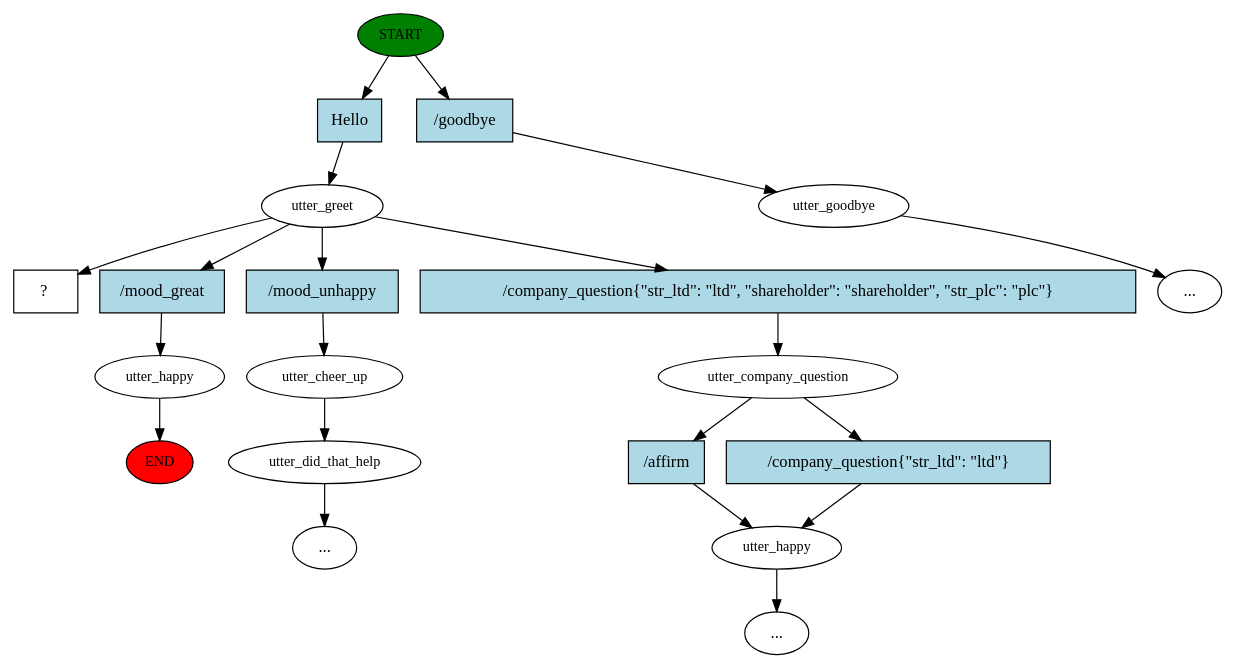
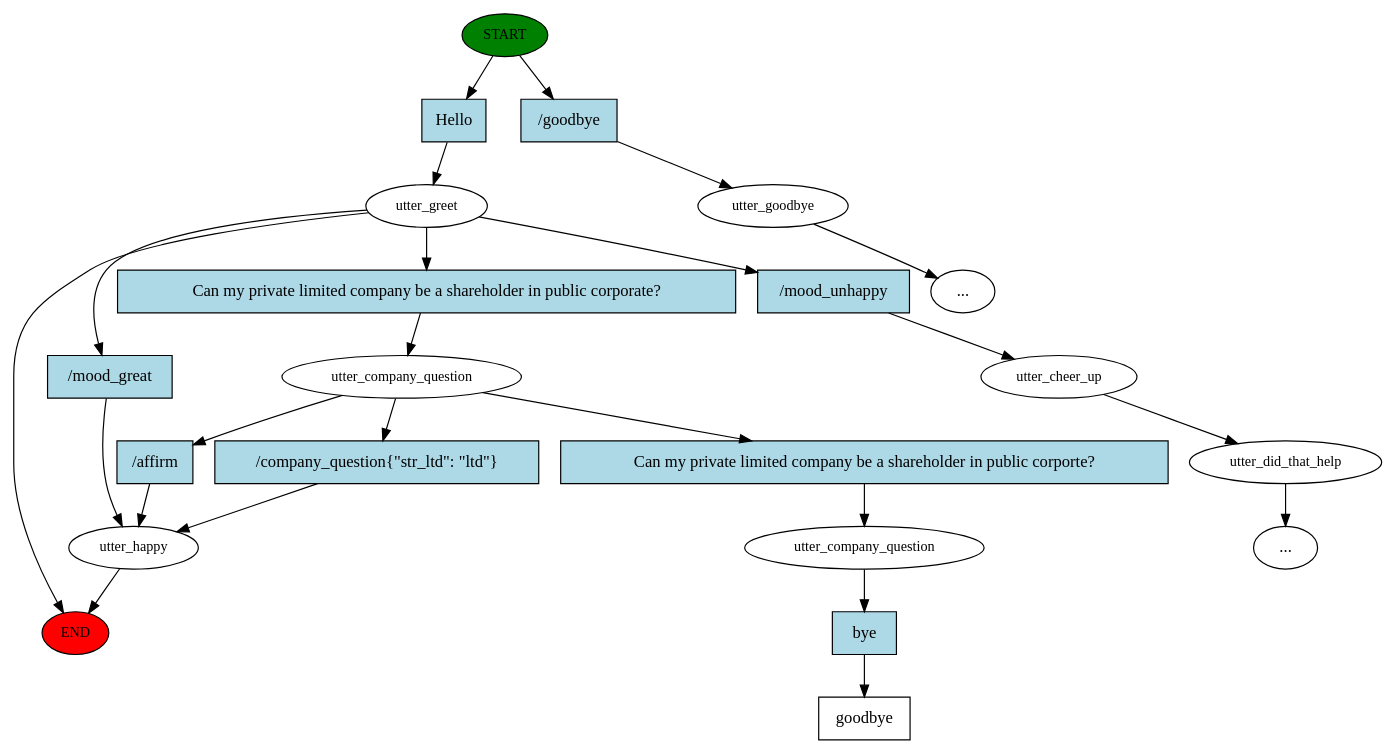
The diagram in story_graph.dot (torkaitraining/bryterai-chatbot-demo), drawn with Graphviz before and after one commit. The commit also changed 11 other files, not shown here.

```diff
--- a/story_graph.dot
+++ b/story_graph.dot
@@ -1,42 +1,46 @@
 digraph  {
 0 [class="start active", fillcolor=green, fontsize=12, label=START, style=filled];
 "-1" [class=end, fillcolor=red, fontsize=12, label=END, style=filled];
 1 [class=active, fontsize=12, label=utter_greet];
 2 [class="", fontsize=12, label=utter_happy];
 4 [class="", fontsize=12, label=utter_cheer_up];
 5 [class="", fontsize=12, label=utter_did_that_help];
 "-4" [class=ellipsis, label="..."];
 9 [class="", fontsize=12, label=utter_goodbye];
 "-5" [class=ellipsis, label="..."];
-11 [class="", fontsize=12, label=utter_company_question];
-12 [class="", fontsize=12, label=utter_happy];
-"-7" [class=ellipsis, label="..."];
-17 [class="intent dashed active", label="  ?  ", shape=rect];
-18 [class="intent active", fillcolor=lightblue, label=Hello, shape=rect, style=filled];
-19 [class=intent, fillcolor=lightblue, label="/goodbye", shape=rect, style=filled];
-20 [class=intent, fillcolor=lightblue, label="/mood_great", shape=rect, style=filled];
-21 [class=intent, fillcolor=lightblue, label="/mood_unhappy", shape=rect, style=filled];
-22 [class=intent, fillcolor=lightblue, label="/company_question\{\"str_ltd\":\ \"ltd\",\ \"shareholder\":\ \"shareholder\",\ \"str_plc\":\ \"plc\"\}", shape=rect, style=filled];
-23 [class=intent, fillcolor=lightblue, label="/affirm", shape=rect, style=filled];
-24 [class=intent, fillcolor=lightblue, label="/company_question\{\"str_ltd\":\ \"ltd\"\}", shape=rect, style=filled];
-0 -> 18  [class=active, key=0];
-0 -> 19  [class="", key=0];
-1 -> 17  [class=active, key=NONE, label=""];
-1 -> 20  [class="", key=0];
-1 -> 21  [class="", key=0];
-1 -> 22  [class="", key=0];
+11 [class=active, fontsize=12, label=utter_company_question];
+19 [class=active, fontsize=12, label=utter_company_question];
+20 [class="intent dashed active", label=goodbye, shape=rect];
+21 [class="intent active", fillcolor=lightblue, label=Hello, shape=rect, style=filled];
+22 [class=intent, fillcolor=lightblue, label="/goodbye", shape=rect, style=filled];
+23 [class=intent, fillcolor=lightblue, label="/mood_great", shape=rect, style=filled];
+24 [class=intent, fillcolor=lightblue, label="/mood_unhappy", shape=rect, style=filled];
+25 [class="intent active", fillcolor=lightblue, label="Can\ my\ private\ limited\ company\ be\ a\ shareholder\ in\ public\ corporate\?", shape=rect, style=filled];
+26 [class=intent, fillcolor=lightblue, label="/affirm", shape=rect, style=filled];
+27 [class=intent, fillcolor=lightblue, label="/company_question\{\"str_ltd\":\ \"ltd\"\}", shape=rect, style=filled];
+28 [class="intent active", fillcolor=lightblue, label="Can\ my\ private\ limited\ company\ be\ a\ shareholder\ in\ public\ corporte\?", shape=rect, style=filled];
+29 [class="intent active", fillcolor=lightblue, label=bye, shape=rect, style=filled];
+0 -> 21  [class=active, key=0];
+0 -> 22  [class="", key=0];
+1 -> "-1"  [class="", key=NONE, label=""];
+1 -> 23  [class="", key=0];
+1 -> 24  [class="", key=0];
+1 -> 25  [class=active, key=0];
 2 -> "-1"  [class="", key=NONE, label=""];
 4 -> 5  [class="", key=NONE, label=""];
 5 -> "-4"  [class="", key=NONE, label=""];
 9 -> "-5"  [class="", key=NONE, label=""];
-11 -> 23  [class="", key=0];
-11 -> 24  [class="", key=0];
-12 -> "-7"  [class="", key=NONE, label=""];
-18 -> 1  [class=active, key=0];
-19 -> 9  [class="", key=0];
-20 -> 2  [class="", key=0];
-21 -> 4  [class="", key=0];
-22 -> 11  [class="", key=0];
-23 -> 12  [class="", key=0];
-24 -> 12  [class="", key=0];
+11 -> 26  [class="", key=0];
+11 -> 27  [class="", key=0];
+11 -> 28  [class=active, key=0];
+19 -> 29  [class=active, key=0];
+21 -> 1  [class=active, key=0];
+22 -> 9  [class="", key=0];
+23 -> 2  [class="", key=0];
+24 -> 4  [class="", key=0];
+25 -> 11  [class=active, key=0];
+26 -> 2  [class="", key=0];
+27 -> 2  [class="", key=0];
+28 -> 19  [class=active, key=0];
+29 -> 20  [class=active, key=0];
 }
```
